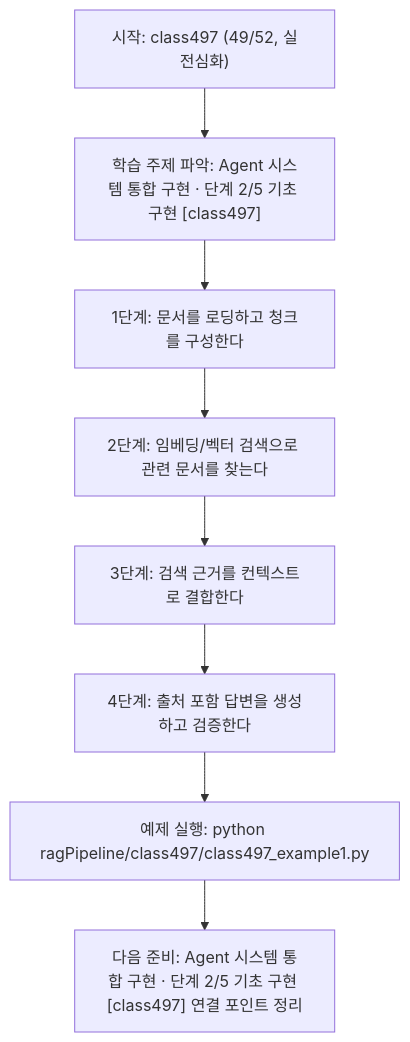
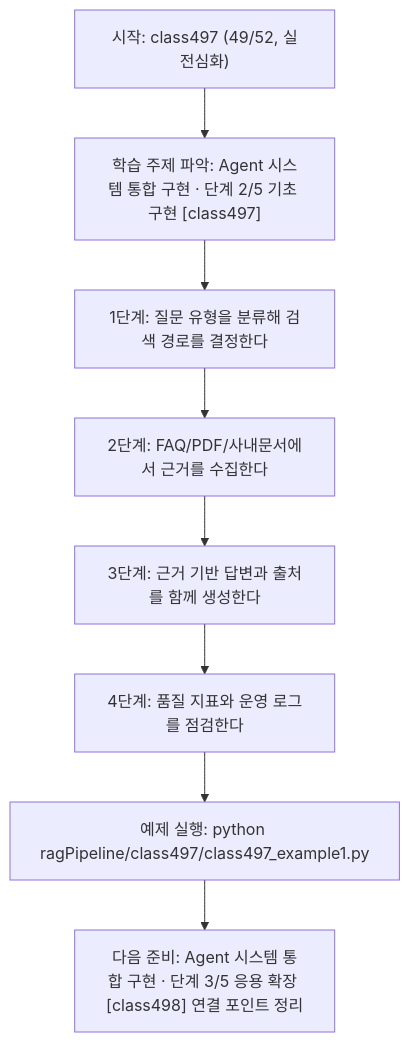
One commit to edumgt/Python-AI_Agent-Class changed the diagram in ragPipeline/class497/class497.md. Above: the diagram before and after it, drawn with Mermaid. The commit also changed other lines of this file and 367 other files, not shown here.

````diff
--- a/ragPipeline/class497/class497.md
+++ b/ragPipeline/class497/class497.md
@@ -112,18 +92,18 @@
 ```mermaid
 flowchart TD
 N1["시작: class497 (49/52, 실전심화)"]
 N2["학습 주제 파악: Agent 시스템 통합 구현 · 단계 2/5 기초 구현 [class497]"]
-N3["1단계: 문서를 로딩하고 청크를 구성한다"]
-N4["2단계: 임베딩/벡터 검색으로 관련 문서를 찾는다"]
-N5["3단계: 검색 근거를 컨텍스트로 결합한다"]
-N6["4단계: 출처 포함 답변을 생성하고 검증한다"]
+N3["1단계: 질문 유형을 분류해 검색 경로를 결정한다"]
+N4["2단계: FAQ/PDF/사내문서에서 근거를 수집한다"]
+N5["3단계: 근거 기반 답변과 출처를 함께 생성한다"]
+N6["4단계: 품질 지표와 운영 로그를 점검한다"]
 N7["예제 실행: python ragPipeline/class497/class497_example1.py"]
-N8["다음 준비: Agent 시스템 통합 구현 · 단계 2/5 기초 구현 [class497] 연결 포인트 정리"]
+N8["다음 준비: Agent 시스템 통합 구현 · 단계 3/5 응용 확장 [class498] 연결 포인트 정리"]
 N1 --> N2
 N2 --> N3
 N3 --> N4
 N4 --> N5
 N5 --> N6
 N6 --> N7
 N7 --> N8
 ```
````
